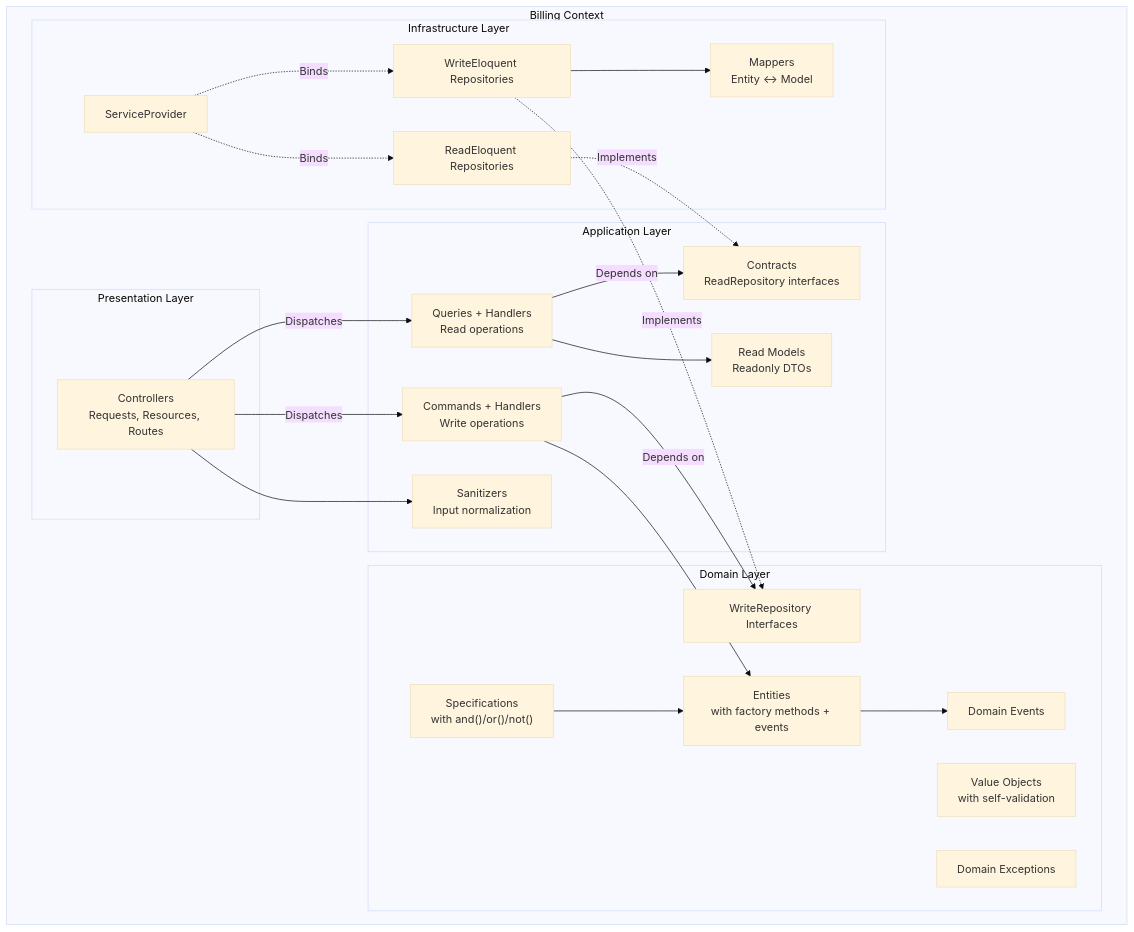
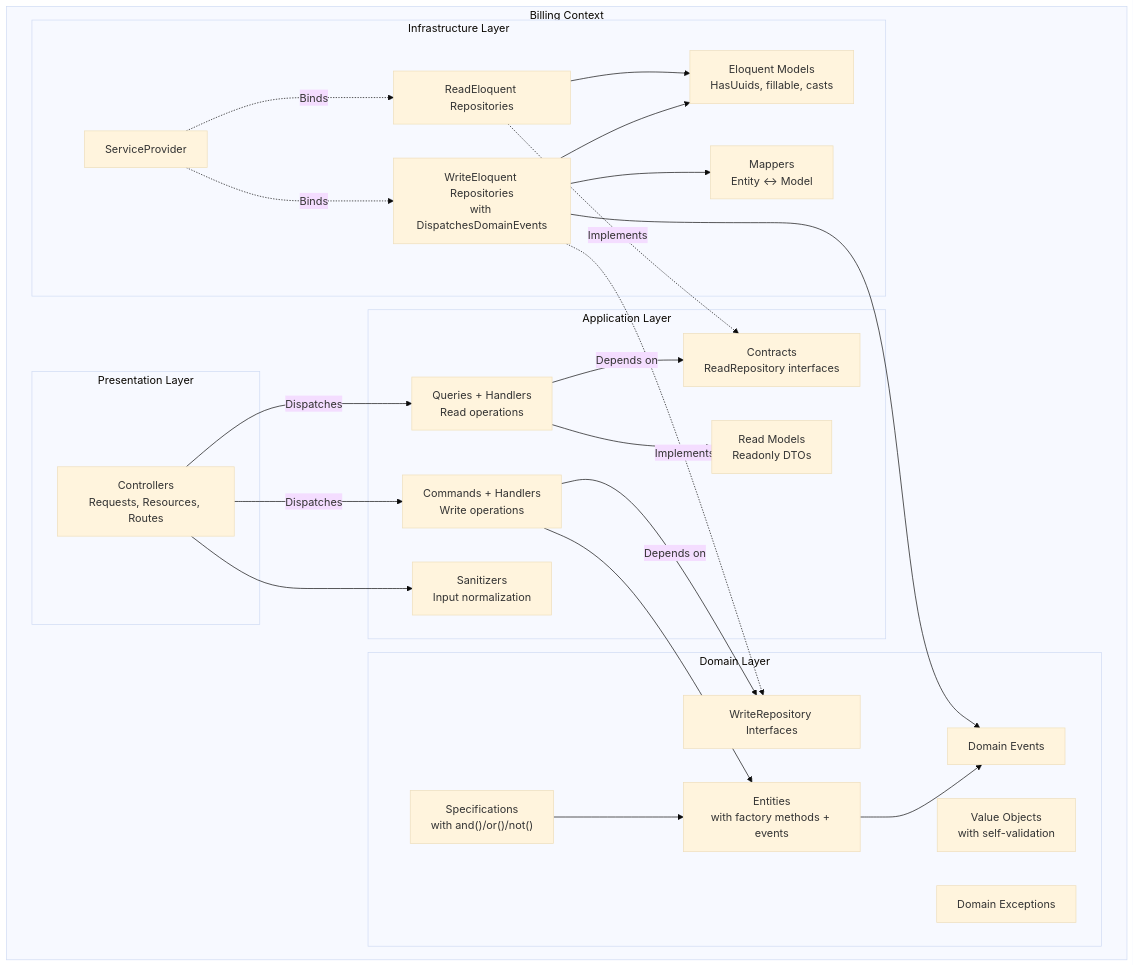
One commit to ElberCanoles/laravel-clean-architecture changed the third of 4 diagrams in README.md. Above: the diagram before and after it, drawn with Mermaid (base theme). The commit also changed other lines of this file and 1 other file, not shown here.

````diff
--- a/README.md
+++ b/README.md
@@ -93,48 +93,52 @@
 ```mermaid
 flowchart TD
     subgraph Context ["Billing Context"]
 
         subgraph Presentation ["Presentation Layer"]
             Controllers["Controllers\nRequests, Resources, Routes"]
         end
 
         subgraph Application ["Application Layer"]
             Commands["Commands + Handlers\nWrite operations"]
             Queries["Queries + Handlers\nRead operations"]
             Contracts["Contracts\nReadRepository interfaces"]
             ReadModels["Read Models\nReadonly DTOs"]
             Sanitizers["Sanitizers\nInput normalization"]
         end
 
         subgraph Domain ["Domain Layer"]
             Entities["Entities\nwith factory methods + events"]
             ValueObjects["Value Objects\nwith self-validation"]
             WriteRepoInterfaces["WriteRepository Interfaces"]
             Specifications["Specifications\nwith and()/or()/not()"]
             Events["Domain Events"]
             Exceptions["Domain Exceptions"]
         end
 
         subgraph Infrastructure ["Infrastructure Layer"]
-            WriteEloquent["WriteEloquent Repositories"]
+            Models["Eloquent Models\nHasUuids, fillable, casts"]
+            WriteEloquent["WriteEloquent Repositories\nwith DispatchesDomainEvents"]
             ReadEloquent["ReadEloquent Repositories"]
             Mappers["Mappers\nEntity ↔ Model"]
             Provider["ServiceProvider"]
         end
     end
 
     Controllers -- "Dispatches" --> Commands
     Controllers -- "Dispatches" --> Queries
     Controllers --> Sanitizers
     Commands -- "Depends on" --> WriteRepoInterfaces
     Commands --> Entities
     Queries -- "Depends on" --> Contracts
     Queries --> ReadModels
     Entities --> Events
     Specifications --> Entities
     WriteEloquent -. "Implements" .-> WriteRepoInterfaces
     ReadEloquent -. "Implements" .-> Contracts
     WriteEloquent --> Mappers
+    WriteEloquent --> Models
+    ReadEloquent --> Models
+    WriteEloquent --> Events
     Provider -. "Binds" .-> WriteEloquent
     Provider -. "Binds" .-> ReadEloquent
 ```
````
